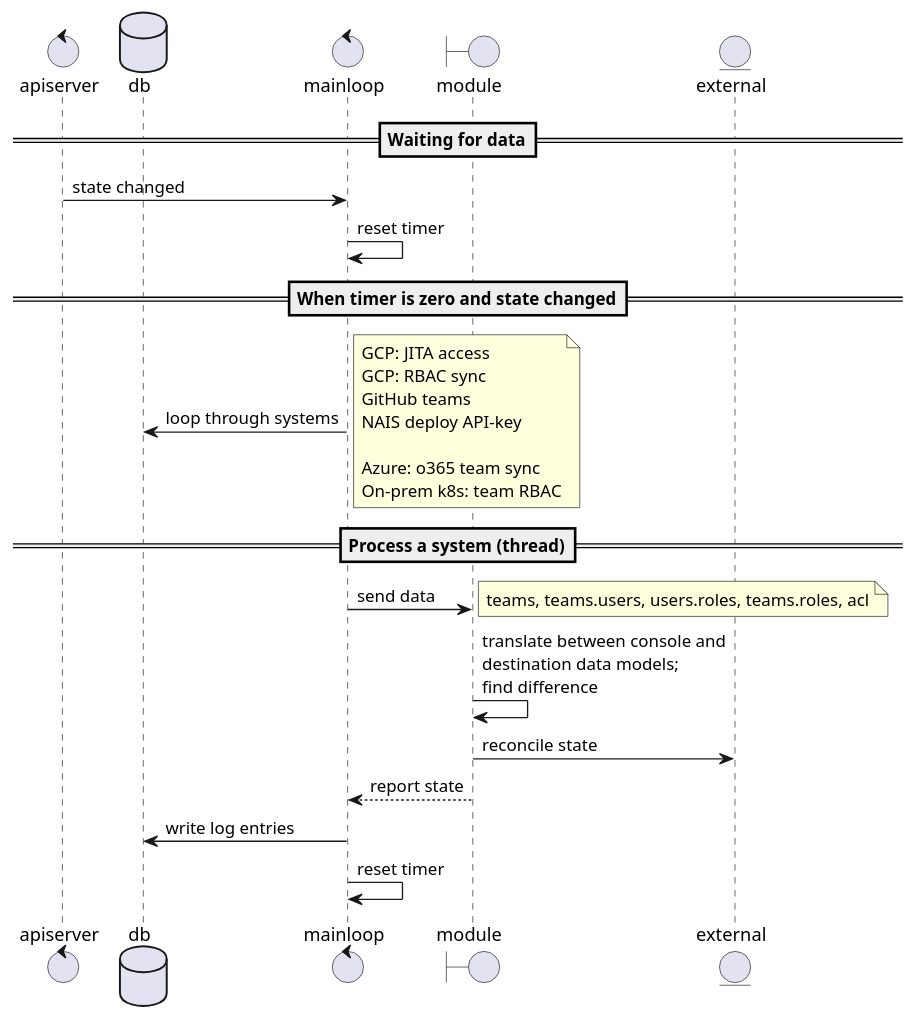
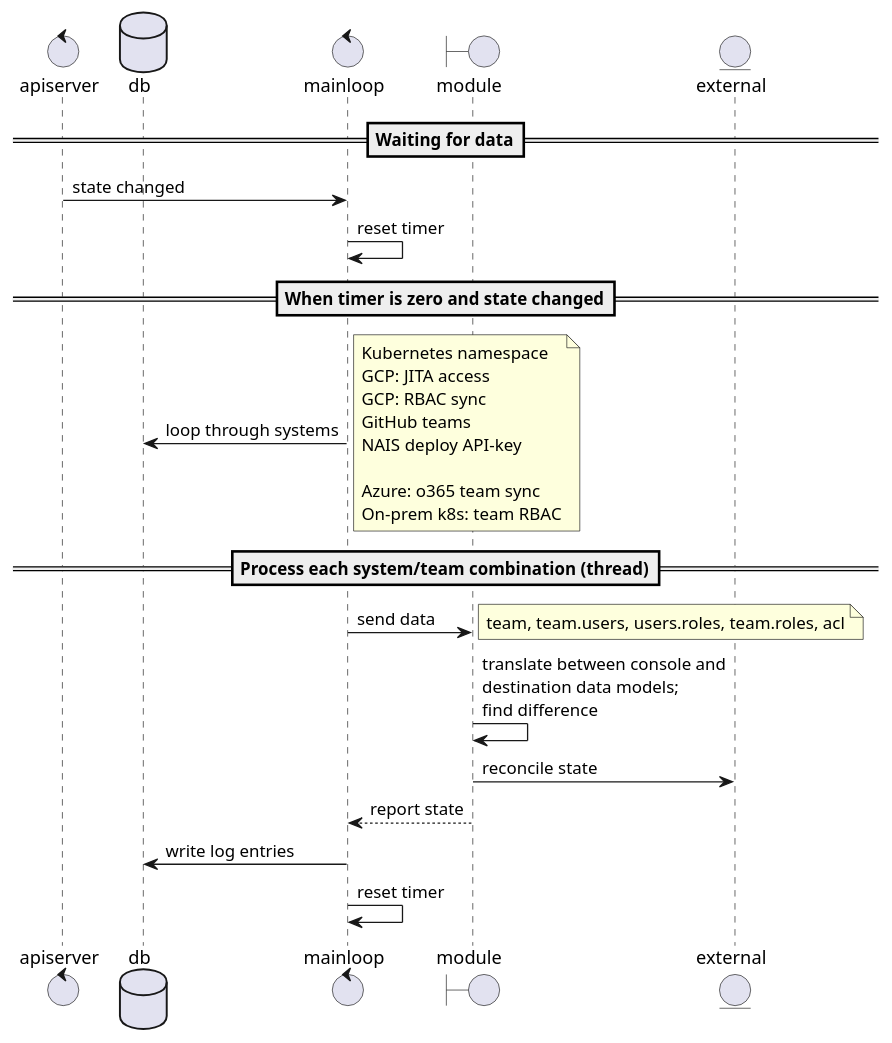
The diagram in doc/mainloop.puml (nais/teams-backend), drawn with PlantUML before and after one commit. The commit also changed 2 other files, not shown here.

```diff
--- a/doc/mainloop.puml
+++ b/doc/mainloop.puml
@@ -1,27 +1,27 @@
 @startuml
 '!theme materia
 
 control apiserver
 database db
 control mainloop
 boundary module
 entity external
 
 ==Waiting for data==
 apiserver -> mainloop: state changed
 mainloop -> mainloop: reset timer
 
 ==When timer is zero and state changed==
 mainloop -> db: loop through systems
-note right: GCP: JITA access\nGCP: RBAC sync\nGitHub teams\nNAIS deploy API-key\n\nAzure: o365 team sync\nOn-prem k8s: team RBAC
+note right: Kubernetes namespace\nGCP: JITA access\nGCP: RBAC sync\nGitHub teams\nNAIS deploy API-key\n\nAzure: o365 team sync\nOn-prem k8s: team RBAC
 
-==Process a system (thread)==
+==Process each system/team combination (thread)==
 mainloop -> module: send data
-note right: teams, teams.users, users.roles, teams.roles, acl
+note right: team, team.users, users.roles, team.roles, acl
 module -> module: translate between console and\ndestination data models;\nfind difference
 module -> external: reconcile state
 module --> mainloop: report state
 mainloop -> db: write log entries
 mainloop -> mainloop: reset timer
 
 @enduml
```
